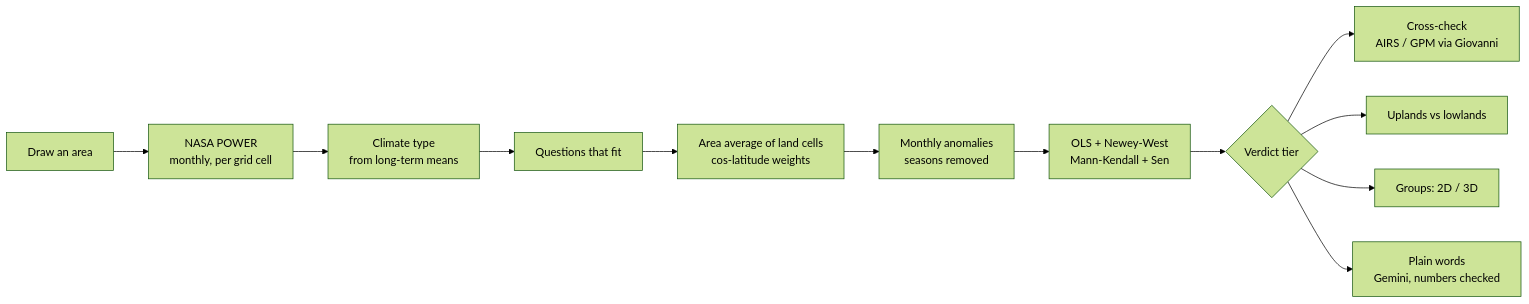
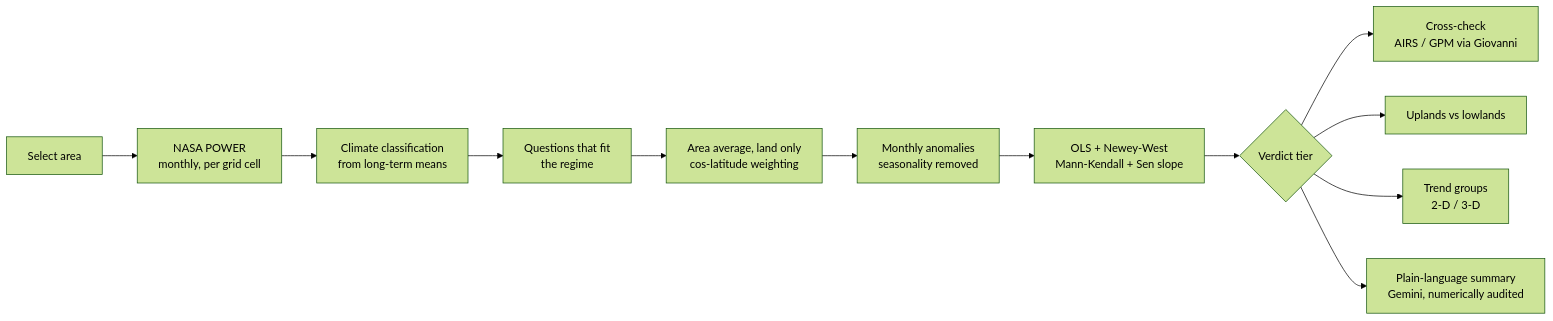
Before and after one commit to R4Y3NN-k/nasa_trend_detective: the diagram in README.md, drawn with Mermaid (forest theme). The commit also changed other lines of this file, not shown here.

Commit message:
README: detailed layout (banner, links, badges, verdict tiers, pieces, NASA services, integrity rules, limits)

````diff
--- a/README.md
+++ b/README.md
@@ -55,14 +82,14 @@
 ```mermaid
 flowchart LR
-    A[Draw an area] --> B[NASA POWER<br/>monthly, per grid cell]
-    B --> C[Climate type<br/>from long-term means]
-    C --> D[Questions that fit]
-    D --> E[Area average of land cells<br/>cos-latitude weights]
-    E --> F[Monthly anomalies<br/>seasons removed]
-    F --> G[OLS + Newey-West<br/>Mann-Kendall + Sen]
+    A[Select area] --> B[NASA POWER<br/>monthly, per grid cell]
+    B --> C[Climate classification<br/>from long-term means]
+    C --> D[Questions that fit<br/>the regime]
+    D --> E[Area average, land only<br/>cos-latitude weighting]
+    E --> F[Monthly anomalies<br/>seasonality removed]
+    F --> G[OLS + Newey-West<br/>Mann-Kendall + Sen slope]
     G --> H{Verdict tier}
     H --> I[Cross-check<br/>AIRS / GPM via Giovanni]
     H --> J[Uplands vs lowlands]
-    H --> K[Groups: 2D / 3D]
-    H --> L[Plain words<br/>Gemini, numbers checked]
+    H --> K[Trend groups<br/>2-D / 3-D]
+    H --> L[Plain-language summary<br/>Gemini, numerically audited]
 ```
````
